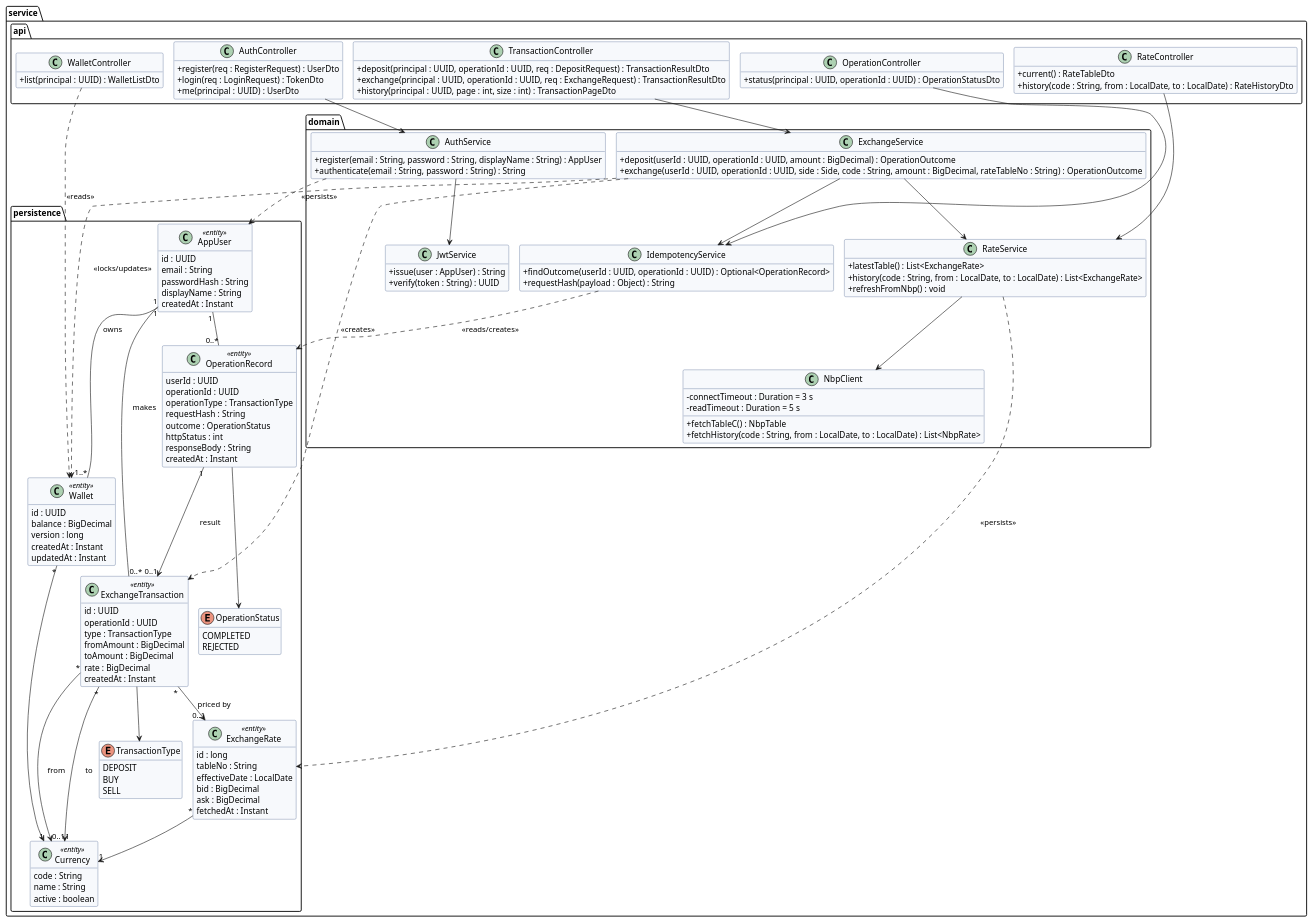
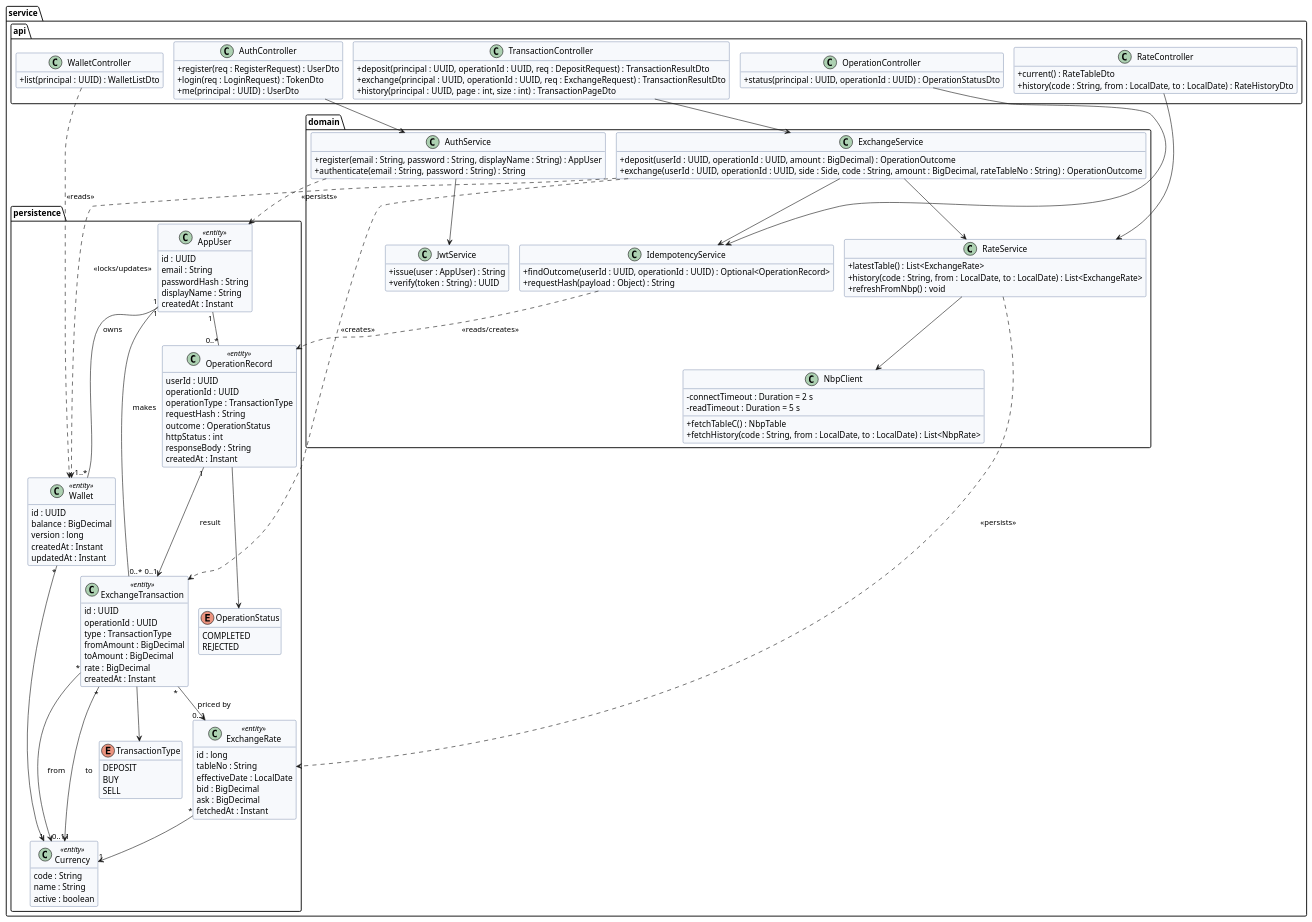
One commit to hasanmertyilmaz/currency-exchange-hmy changed the diagram in docs/M1/diagrams/src/03-class-service.puml. Above: the diagram before and after it, drawn with PlantUML. The commit also changed 11 other files, not shown here.

First line of the commit message:
docs(m1): align diagrams with the final timeout policy

```diff
--- a/docs/M1/diagrams/src/03-class-service.puml
+++ b/docs/M1/diagrams/src/03-class-service.puml
@@ -1,150 +1,150 @@
 @startuml class-service
 !pragma layout smetana
 ' Kantor Mobile — UML Class Diagram, web service (Java 21 / Spring Boot 3)
 skinparam shadowing false
 skinparam defaultFontName Helvetica
 skinparam classAttributeIconSize 0
 skinparam class {
   BackgroundColor #F7F9FC
   BorderColor #2E4A7D
 }
 hide empty members
 
 package "service.api" {
   class AuthController {
     + register(req : RegisterRequest) : UserDto
     + login(req : LoginRequest) : TokenDto
     + me(principal : UUID) : UserDto
   }
   class RateController {
     + current() : RateTableDto
     + history(code : String, from : LocalDate, to : LocalDate) : RateHistoryDto
   }
   class WalletController {
     + list(principal : UUID) : WalletListDto
   }
   class TransactionController {
     + deposit(principal : UUID, operationId : UUID, req : DepositRequest) : TransactionResultDto
     + exchange(principal : UUID, operationId : UUID, req : ExchangeRequest) : TransactionResultDto
     + history(principal : UUID, page : int, size : int) : TransactionPageDto
   }
   class OperationController {
     + status(principal : UUID, operationId : UUID) : OperationStatusDto
   }
 }
 
 package "service.domain" {
   class AuthService {
     + register(email : String, password : String, displayName : String) : AppUser
     + authenticate(email : String, password : String) : String
   }
   class RateService {
     + latestTable() : List<ExchangeRate>
     + history(code : String, from : LocalDate, to : LocalDate) : List<ExchangeRate>
     + refreshFromNbp() : void
   }
   class ExchangeService {
     + deposit(userId : UUID, operationId : UUID, amount : BigDecimal) : OperationOutcome
     + exchange(userId : UUID, operationId : UUID, side : Side, code : String, amount : BigDecimal, rateTableNo : String) : OperationOutcome
   }
   class IdempotencyService {
     + findOutcome(userId : UUID, operationId : UUID) : Optional<OperationRecord>
     + requestHash(payload : Object) : String
   }
   class NbpClient {
-    - connectTimeout : Duration = 3 s
+    - connectTimeout : Duration = 2 s
     - readTimeout : Duration = 5 s
     + fetchTableC() : NbpTable
     + fetchHistory(code : String, from : LocalDate, to : LocalDate) : List<NbpRate>
   }
   class JwtService {
     + issue(user : AppUser) : String
     + verify(token : String) : UUID
   }
 }
 
 package "service.persistence" {
   class AppUser <<entity>> {
     id : UUID
     email : String
     passwordHash : String
     displayName : String
     createdAt : Instant
   }
   class Currency <<entity>> {
     code : String
     name : String
     active : boolean
   }
   class Wallet <<entity>> {
     id : UUID
     balance : BigDecimal
     version : long
     createdAt : Instant
     updatedAt : Instant
   }
   class ExchangeRate <<entity>> {
     id : long
     tableNo : String
     effectiveDate : LocalDate
     bid : BigDecimal
     ask : BigDecimal
     fetchedAt : Instant
   }
   class ExchangeTransaction <<entity>> {
     id : UUID
     operationId : UUID
     type : TransactionType
     fromAmount : BigDecimal
     toAmount : BigDecimal
     rate : BigDecimal
     createdAt : Instant
   }
   class OperationRecord <<entity>> {
     userId : UUID
     operationId : UUID
     operationType : TransactionType
     requestHash : String
     outcome : OperationStatus
     httpStatus : int
     responseBody : String
     createdAt : Instant
   }
   enum TransactionType {
     DEPOSIT
     BUY
     SELL
   }
   enum OperationStatus {
     COMPLETED
     REJECTED
   }
 }
 
 AuthController --> AuthService
 AuthService --> JwtService
 RateController --> RateService
 RateService --> NbpClient
 WalletController ..> Wallet : <<reads>>
 TransactionController --> ExchangeService
 OperationController --> IdempotencyService
 ExchangeService --> IdempotencyService
 ExchangeService --> RateService
 AuthService ..> AppUser : <<persists>>
 RateService ..> ExchangeRate : <<persists>>
 ExchangeService ..> Wallet : <<locks/updates>>
 ExchangeService ..> ExchangeTransaction : <<creates>>
 IdempotencyService ..> OperationRecord : <<reads/creates>>
 
 AppUser "1" -- "1..*" Wallet : owns >
 Wallet "*" --> "1" Currency
 ExchangeRate "*" --> "1" Currency
 AppUser "1" -- "0..*" ExchangeTransaction : makes >
 ExchangeTransaction "*" --> "0..1" Currency : from
 ExchangeTransaction "*" --> "1" Currency : to
 ExchangeTransaction "*" --> "0..1" ExchangeRate : priced by
 AppUser "1" -- "0..*" OperationRecord
 OperationRecord "1" --> "0..1" ExchangeTransaction : result
 ExchangeTransaction --> TransactionType
 OperationRecord --> OperationStatus
 @enduml
```
